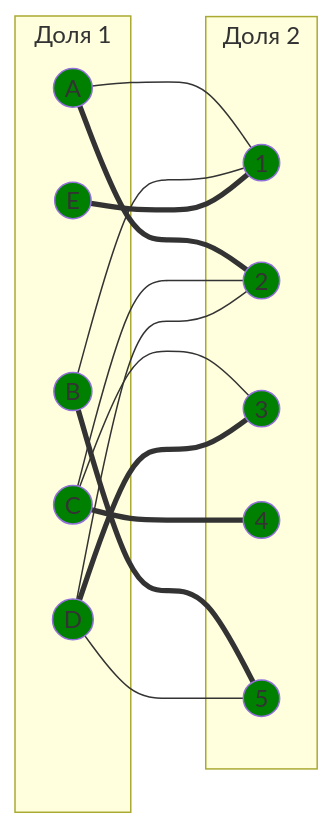
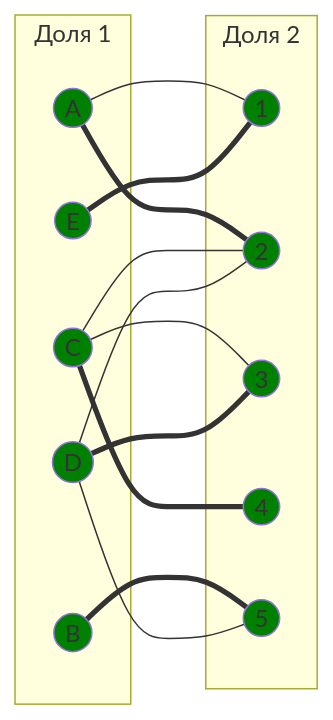
One commit to hse-algo-psapr-25/manual-tasks changed diagram 11 of 11 in Задание 14/Skibidi.md. Above: the diagram before and after it, drawn with Mermaid. The commit also changed other lines of this file, not shown here.

Commit message:
Edge B1 is removed

````diff
--- a/Задание 14/Skibidi.md
+++ b/Задание 14/Skibidi.md
@@ -365,38 +364,37 @@
 ```mermaid
 graph LR
     subgraph "Доля 1"
         A((A))
         B((B))
         C((C))
         D((D))
         E((E))
     end
     subgraph "Доля 2"
         1((1))
         2((2))
         3((3))
         4((4))
         5((5))
     end
     A --- 1
     A === 2
     B === 5
-    B --- 1
     C --- 2
     C --- 3
     C === 4
     D --- 5
     D --- 2
     D === 3
     E === 1
     style A fill:#008000
     style 1 fill:#008000
     style B fill:#008000
     style 5 fill:#008000
     style C fill:#008000
     style 2 fill:#008000
     style 3 fill:#008000
     style D fill:#008000
     style E fill:#008000
     style 4 fill:#008000
 ```
````
